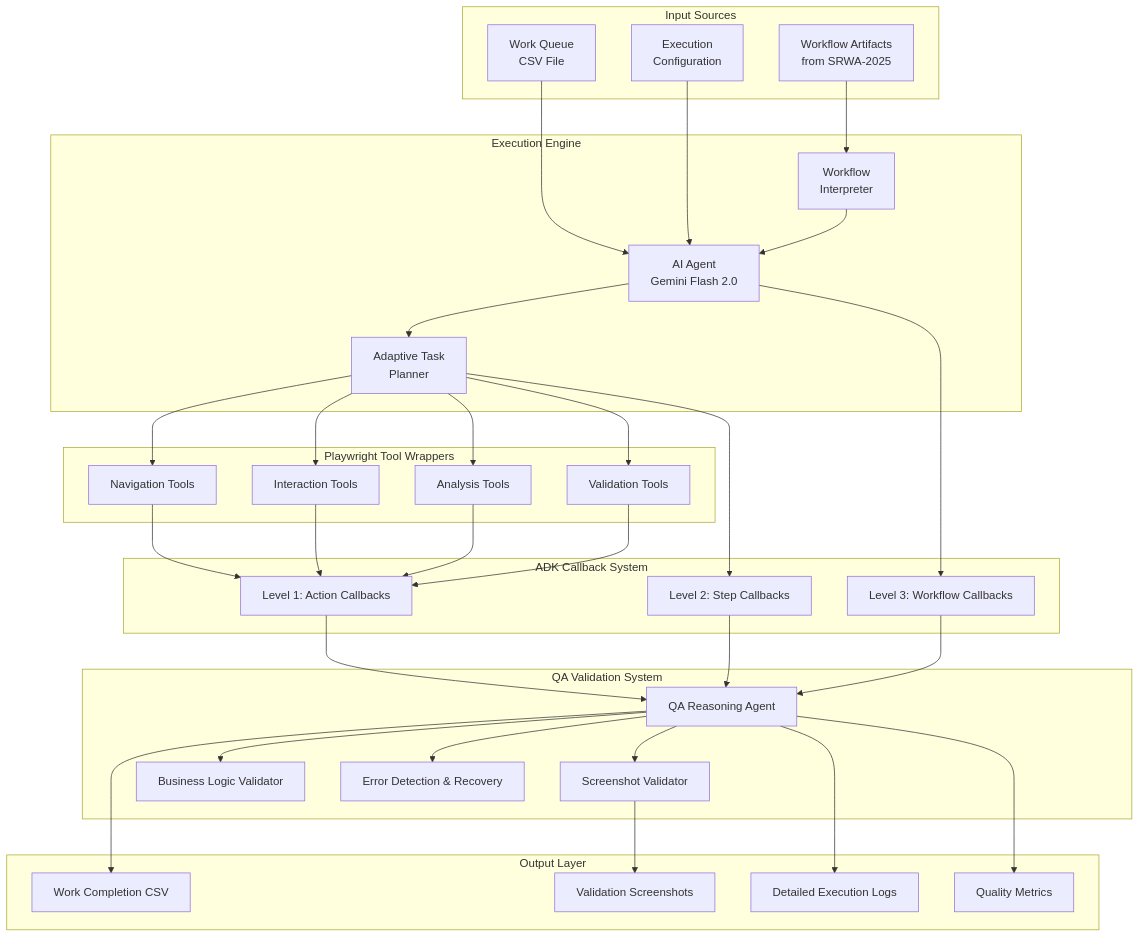
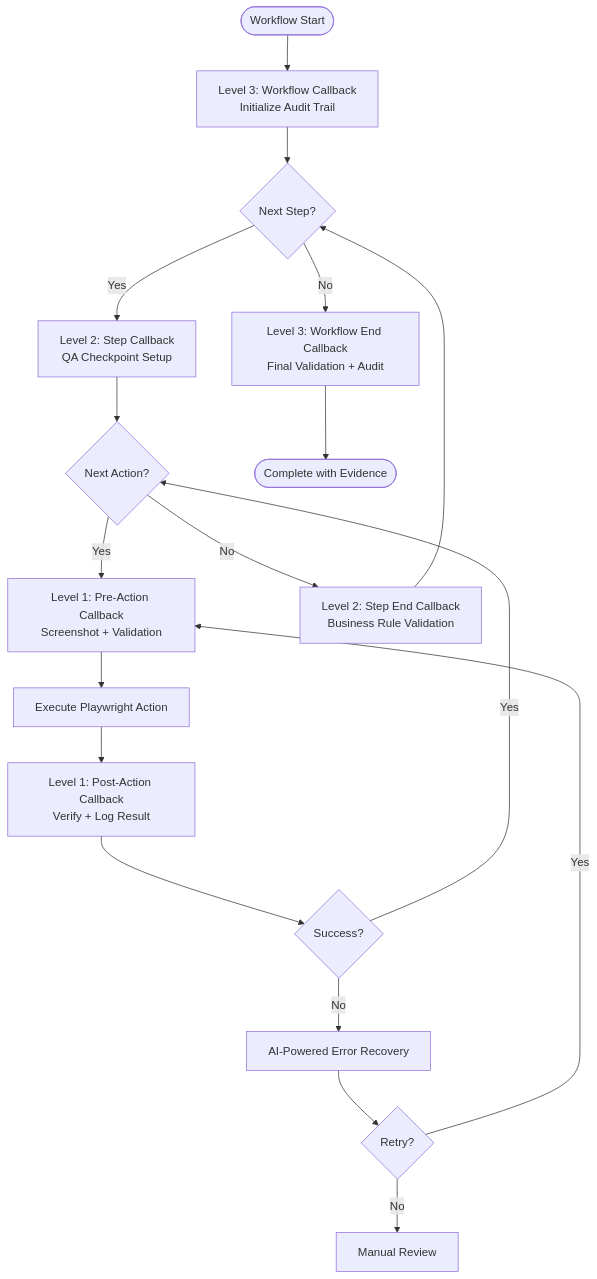
Before and after one commit to Alberto-Codes/agent-workflow-suite: the third of 5 diagrams in README.md, drawn with Mermaid. The commit also changed other lines of this file, not shown here.

Commit message:
docs(readme): add comprehensive technical details including ADK callback system, QA validation components, and multi-agent protocols

````diff
--- a/README.md
+++ b/README.md
@@ -165,71 +259,25 @@
 ```mermaid
-graph TB
-    subgraph "Input Sources"
-        WA[Workflow Artifacts<br/>from SRWA-2025]
-        CSV[Work Queue<br/>CSV File]
-        CONFIG[Execution<br/>Configuration]
-    end
-
-    subgraph "Execution Engine"
-        AI[AI Agent<br/>Gemini Flash 2.0]
-        WI[Workflow<br/>Interpreter]
-        ATP[Adaptive Task<br/>Planner]
-    end
-
-    subgraph "Playwright Tool Wrappers"
-        NAV[Navigation Tools]
-        INT[Interaction Tools]
-        ANA[Analysis Tools]
-        VAL[Validation Tools]
-    end
-
-    subgraph "ADK Callback System"
-        L1[Level 1: Action Callbacks]
-        L2[Level 2: Step Callbacks]
-        L3[Level 3: Workflow Callbacks]
-    end
-
-    subgraph "QA Validation System"
-        QAA[QA Reasoning Agent]
-        SVA[Screenshot Validator]
-        BLV[Business Logic Validator]
-        ERR[Error Detection & Recovery]
-    end
-
-    subgraph "Output Layer"
-        COMPLETION[Work Completion CSV]
-        SCREENSHOTS[Validation Screenshots]
-        LOGS[Detailed Execution Logs]
-        METRICS[Quality Metrics]
-    end
-
-    WA --> WI
-    CSV --> AI
-    CONFIG --> AI
-    WI --> AI
-    AI --> ATP
-    ATP --> NAV
-    ATP --> INT
-    ATP --> ANA
-    ATP --> VAL
+flowchart TD
+    START([Workflow Start]) --> L3_START[Level 3: Workflow Callback<br/>Initialize Audit Trail]
+    L3_START --> STEP_LOOP{Next Step?}
     
-    NAV --> L1
-    INT --> L1
-    ANA --> L1
-    VAL --> L1
-    ATP --> L2
-    AI --> L3
+    STEP_LOOP -->|Yes| L2_STEP[Level 2: Step Callback<br/>QA Checkpoint Setup]
+    L2_STEP --> ACTION_LOOP{Next Action?}
     
-    L1 --> QAA
-    L2 --> QAA
-    L3 --> QAA
+    ACTION_LOOP -->|Yes| L1_PRE[Level 1: Pre-Action Callback<br/>Screenshot + Validation]
+    L1_PRE --> EXECUTE[Execute Playwright Action]
+    EXECUTE --> L1_POST[Level 1: Post-Action Callback<br/>Verify + Log Result]
     
-    QAA --> SVA
-    QAA --> BLV
-    QAA --> ERR
+    L1_POST --> ACTION_VALIDATE{Success?}
+    ACTION_VALIDATE -->|No| ERROR_RECOVERY[AI-Powered Error Recovery]
+    ERROR_RECOVERY --> RETRY_DECIDE{Retry?}
+    RETRY_DECIDE -->|Yes| L1_PRE
+    RETRY_DECIDE -->|No| ESCALATE[Manual Review]
     
-    QAA --> COMPLETION
-    SVA --> SCREENSHOTS
-    QAA --> LOGS
-    QAA --> METRICS
+    ACTION_VALIDATE -->|Yes| ACTION_LOOP
+    ACTION_LOOP -->|No| L2_END[Level 2: Step End Callback<br/>Business Rule Validation]
+    L2_END --> STEP_LOOP
+    
+    STEP_LOOP -->|No| L3_END[Level 3: Workflow End Callback<br/>Final Validation + Audit]
+    L3_END --> COMPLETE([Complete with Evidence])
 ```
````
